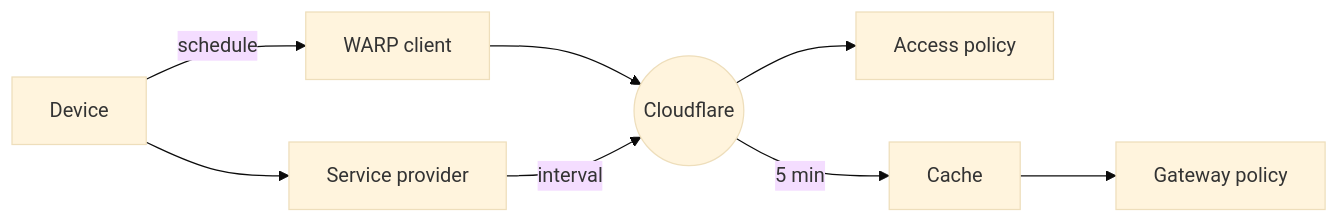
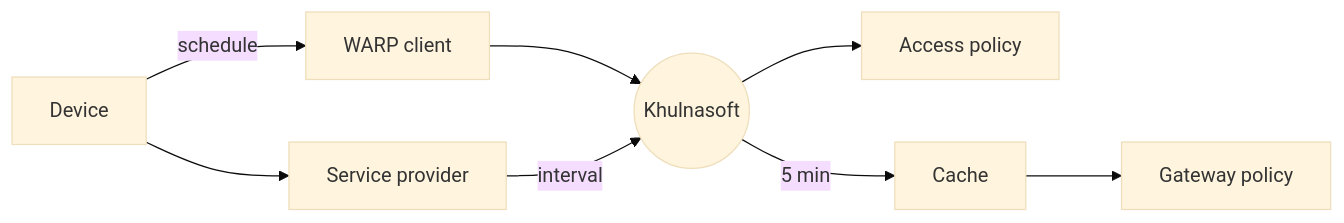
Before and after one commit to NxPKG/khulnasoft-docs: the diagram in content/cloudflare-one/identity/devices/_index.md, drawn with Mermaid (base theme). The commit also changed other lines of this file and 2914 other files, not shown here.

````diff
--- a/content/cloudflare-one/identity/devices/_index.md
+++ b/content/cloudflare-one/identity/devices/_index.md
@@ -46,7 +46,7 @@
 ```mermaid
 flowchart LR
 accTitle: Device posture policy enforcement
-A[Device] --schedule--> B[WARP client]--> C((Cloudflare)) --> D[Access policy]
+A[Device] --schedule--> B[WARP client]--> C((Khulnasoft)) --> D[Access policy]
 C --5 min--> E[Cache] --> F[Gateway policy]
 A --> G[Service provider] --interval--> C
 ```
````
